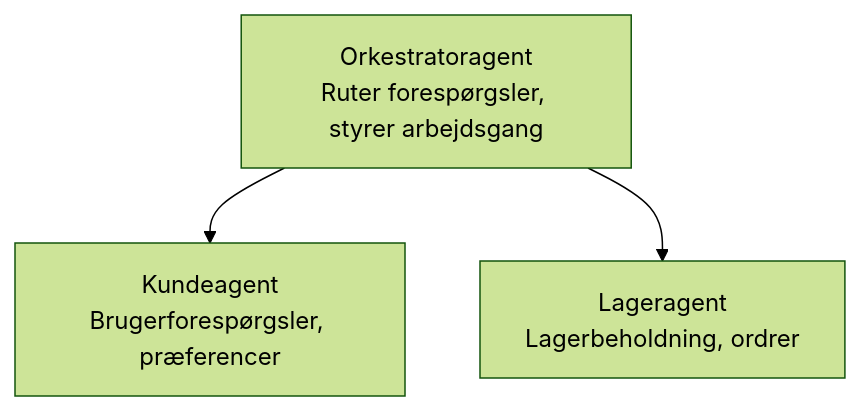
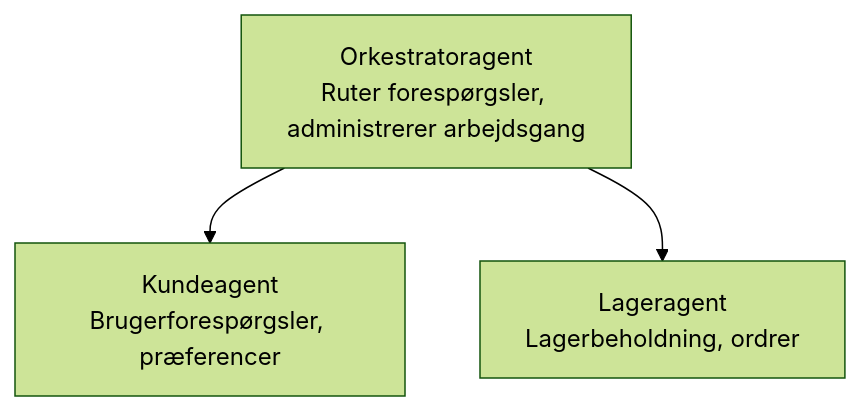
The diagram in translations/da/docs/chapter-05-multi-agent/README.md (microsoft/AZD-for-beginners), drawn with Mermaid (forest theme) before and after one commit. The commit also changed other lines of this file and 104 other files, not shown here.

````diff
--- a/translations/da/docs/chapter-05-multi-agent/README.md
+++ b/translations/da/docs/chapter-05-multi-agent/README.md
@@ -52,5 +54,5 @@
 ```mermaid
 graph TD
-    Orchestrator[Orkestratoragent<br/>Ruter forespørgsler, styrer arbejdsgang] --> Customer[Kundeagent<br/>Brugerforespørgsler, præferencer]
+    Orchestrator[Orkestratoragent<br/>Ruter forespørgsler, administrerer arbejdsgang] --> Customer[Kundeagent<br/>Brugerforespørgsler, præferencer]
     Orchestrator --> Inventory[Lageragent<br/>Lagerbeholdning, ordrer]
 ```
````
